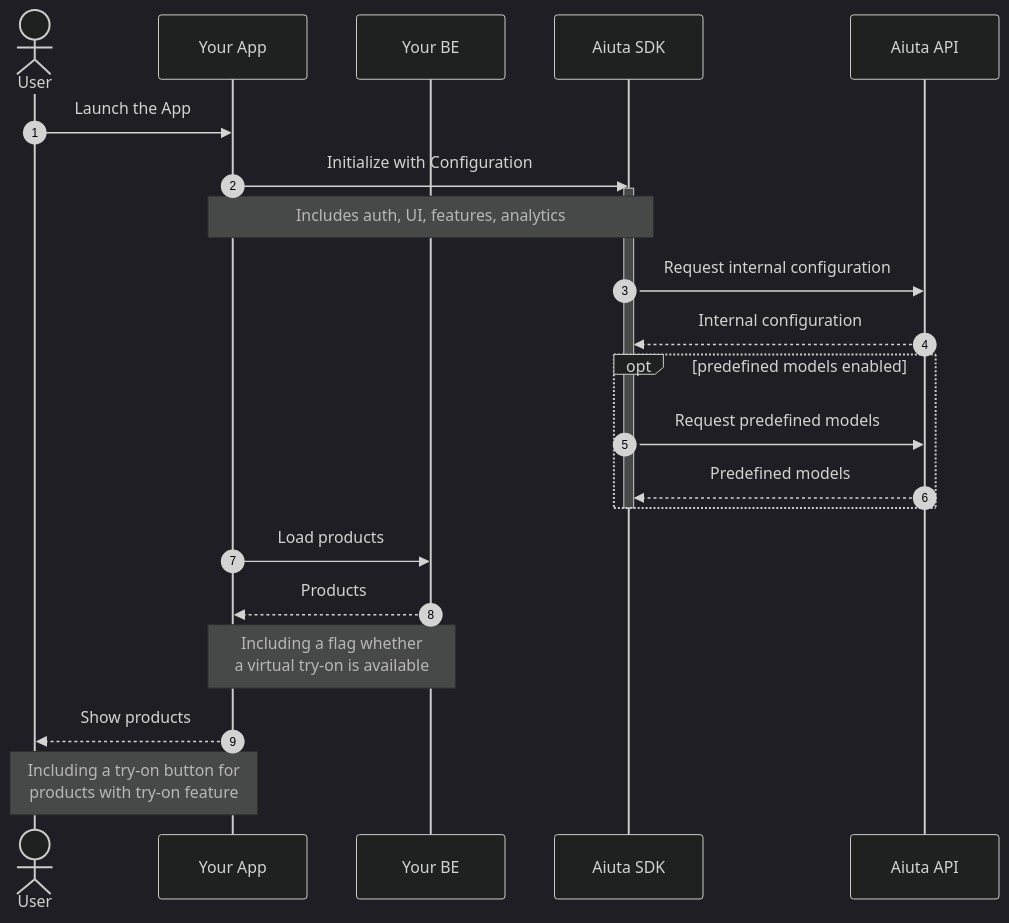
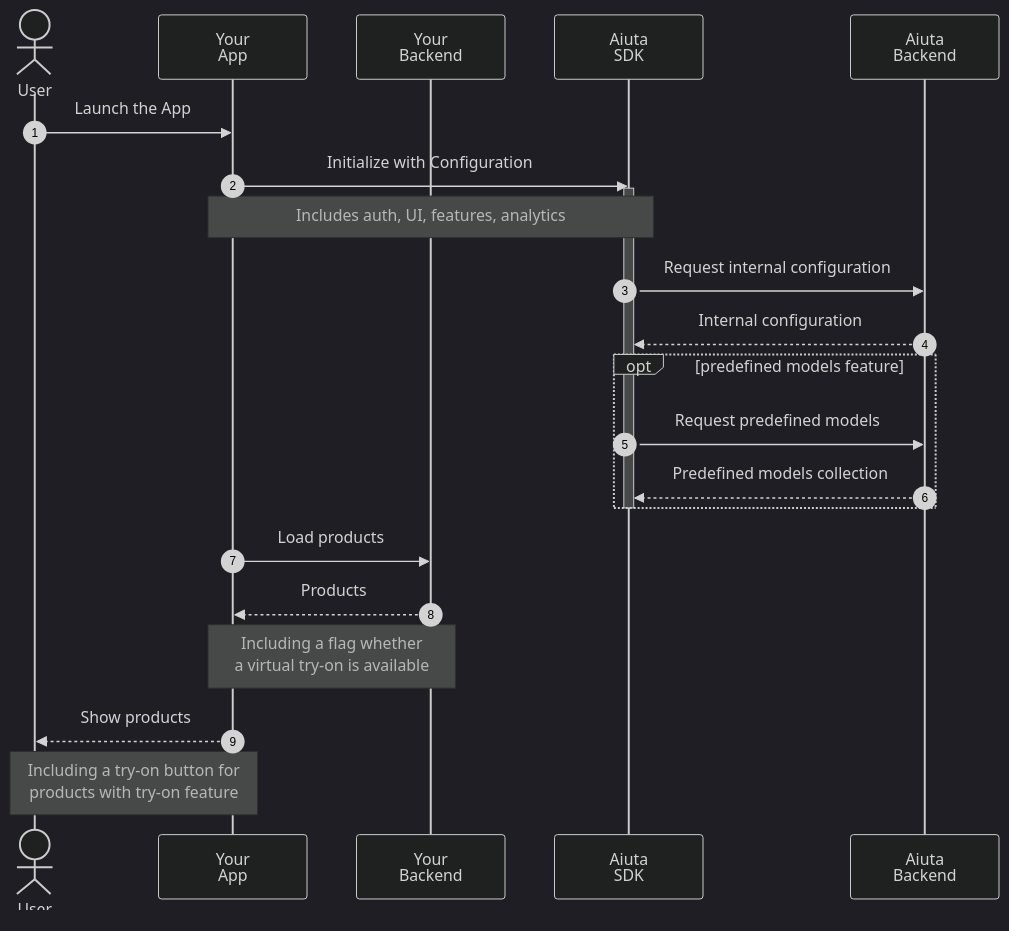
Before and after one commit to aiuta-com/docs: the second of 3 diagrams in docs/sdk/about/developer/diagrams.md, drawn with Mermaid (dark theme). The commit also changed other lines of this file, not shown here.

Commit message:
Data flow

````diff
--- a/docs/sdk/about/developer/diagrams.md
+++ b/docs/sdk/about/developer/diagrams.md
@@ -13,29 +50,29 @@
 ``` mermaid
 sequenceDiagram
     autonumber
-    actor User
-    participant APP as Your App
-    participant BE as Your BE
-    participant SDK as Aiuta SDK
-    participant API as Aiuta API
+    actor USR as ⠀<br>User
+    participant APP as Your<br>App
+    participant BE as Your<br>Backend
+    participant SDK as Aiuta<br>SDK
+    participant API as Aiuta<br>Backend
 
-    User->>APP: Launch the App
+    USR->>APP: Launch the App
     APP->>SDK: Initialize with Configuration
 
     activate SDK
     Note over APP,SDK: Includes auth, UI, features, analytics
     SDK->>API: Request internal configuration
     API-->>SDK: Internal configuration
-    opt predefined models enabled
+    opt predefined models feature
         SDK->>API: Request predefined models
-        API-->>SDK: Predefined models
+        API-->>SDK: Predefined models collection
     end
     deactivate SDK
 
     APP->>BE: Load products
     BE-->>APP: Products
     Note over APP,BE: Including a flag whether<br>a virtual try-on is available
 
-    APP-->>User: Show products
-    Note over APP,User: Including a try-on button for<br>products with try-on feature
+    APP-->>USR: Show products
+    Note over APP,USR: Including a try-on button for<br>products with try-on feature
 ```
````
